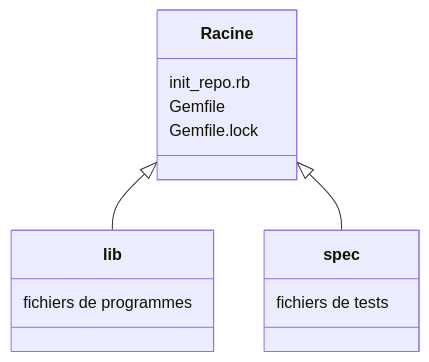
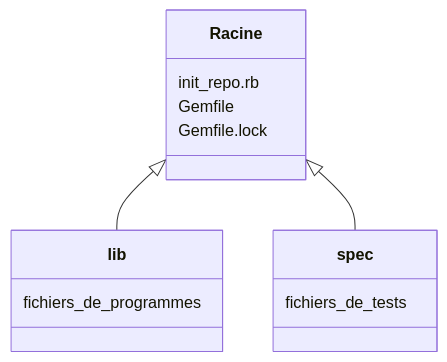
Before and after one commit to Septentrion50/file_organizer_ruby: the diagram in README.md, drawn with Mermaid.

Commit message:
Modification du README

````diff
--- a/README.md
+++ b/README.md
@@ -22,20 +22,20 @@
 ```mermaid
 classDiagram
 
-	class Racine{
-		init_repo.rb
-		Gemfile
-		Gemfile.lock
-	}
+  class Racine{
+    init_repo.rb
+    Gemfile
+    Gemfile.lock
+  }
 
-	class lib{
-		fichiers de programmes
-	}
+  class lib{
+    fichiers_de_programmes
+  }
 
-	class spec{
-		fichiers de tests
-	}
-
-	Racine <|-- lib
-	Racine <|-- spec
+  class spec{
+    fichiers_de_tests
+  }
+  
+  Racine <|-- lib
+  Racine <|-- spec
 ```
````
